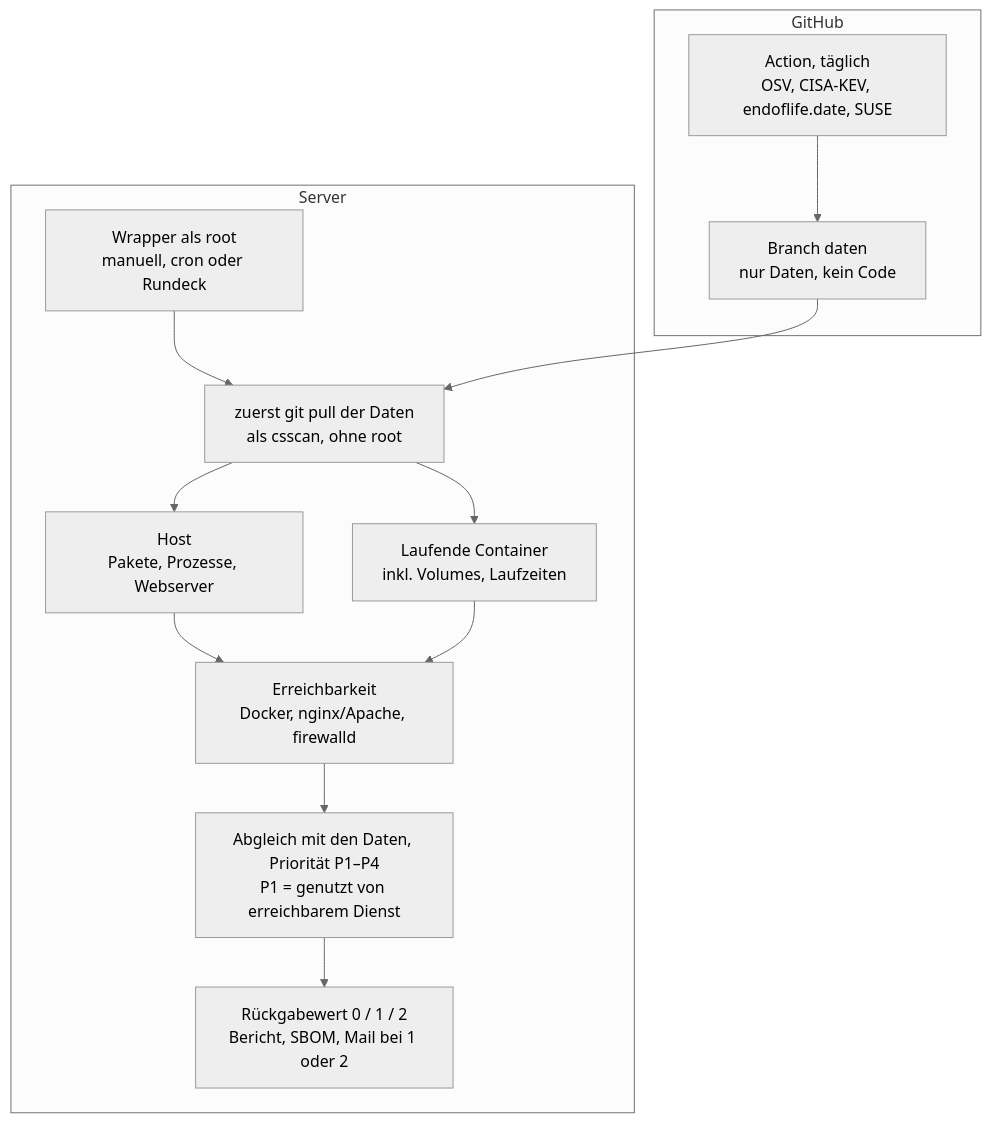
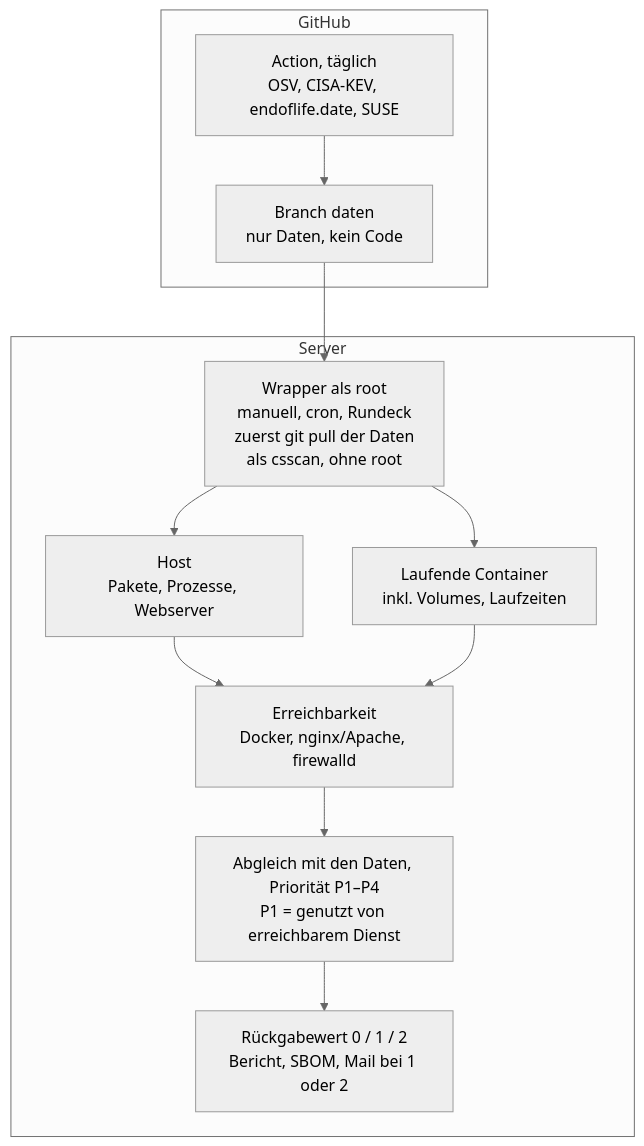
Before and after one commit to dla-marbach/container-security-scan: the diagram in README.md, drawn with Mermaid (neutral theme).

Commit message:
README: Diagramm mit Wrapper und git pull in einem Kasten, Pfeil vom Branch daten auf das erste Element
Claude-Session: https://claude.ai/code/session_01HX9cT9cjPv4ZGAw2rrH43K

````diff
--- a/README.md
+++ b/README.md
@@ -52,20 +52,19 @@
 ```mermaid
 flowchart TD
     subgraph gh["GitHub"]
         A["Action, täglich<br/>OSV, CISA-KEV, endoflife.date, SUSE"]
         B["Branch daten<br/>nur Daten, kein Code"]
         A --> B
     end
     subgraph srv["Server"]
-        W["Wrapper als root<br/>manuell, cron oder Rundeck"]
-        C["zuerst git pull der Daten<br/>als csscan, ohne root"]
+        W["Wrapper als root<br/>manuell, cron, Rundeck<br/>zuerst git pull der Daten<br/>als csscan, ohne root"]
         E["Host<br/>Pakete, Prozesse, Webserver"]
         F["Laufende Container<br/>inkl. Volumes, Laufzeiten"]
         G["Erreichbarkeit<br/>Docker, nginx/Apache, firewalld"]
         H["Abgleich mit den Daten, Priorität P1–P4<br/>P1 = genutzt von erreichbarem Dienst"]
         I["Rückgabewert 0 / 1 / 2<br/>Bericht, SBOM, Mail bei 1 oder 2"]
-        W --> C --> E & F
+        W --> E & F
         E & F --> G --> H --> I
     end
-    B --> C
+    B --> W
 ```
````
